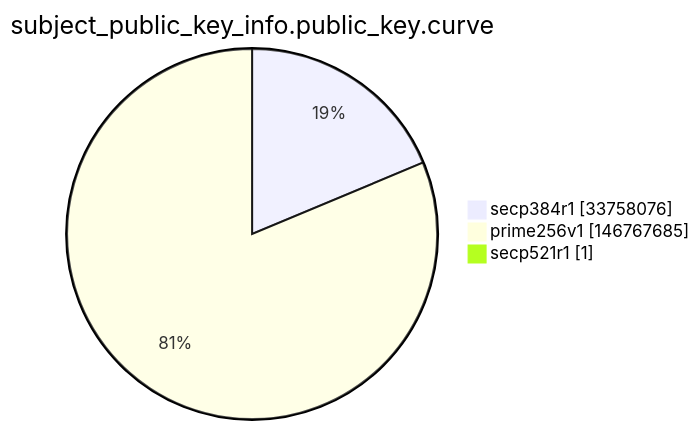
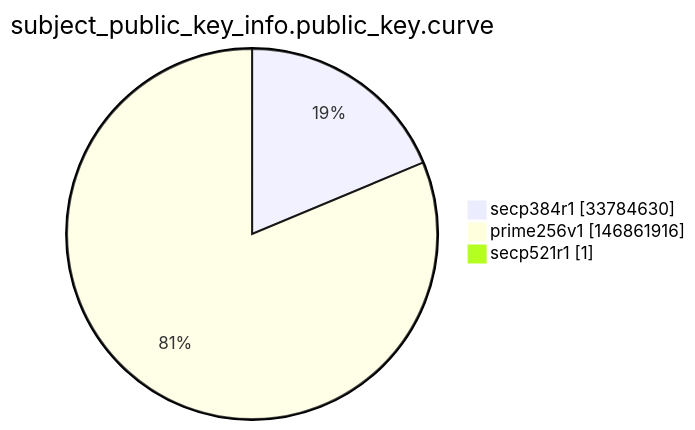
One commit to christiankrug/ctmonitor_visualization changed the ninth of 15 diagrams in argon2022/README.md. Above: the diagram before and after it, drawn with Mermaid. The commit also changed other lines of this file, not shown here.

````diff
--- a/argon2022/README.md
+++ b/argon2022/README.md
@@ -2764,7 +2764,7 @@
 ```mermaid
 pie showData
 title subject_public_key_info.public_key.curve
-"secp384r1" :33758076
-"prime256v1" :146767685
+"secp384r1" :33784630
+"prime256v1" :146861916
 "secp521r1" :1
 ```
````
